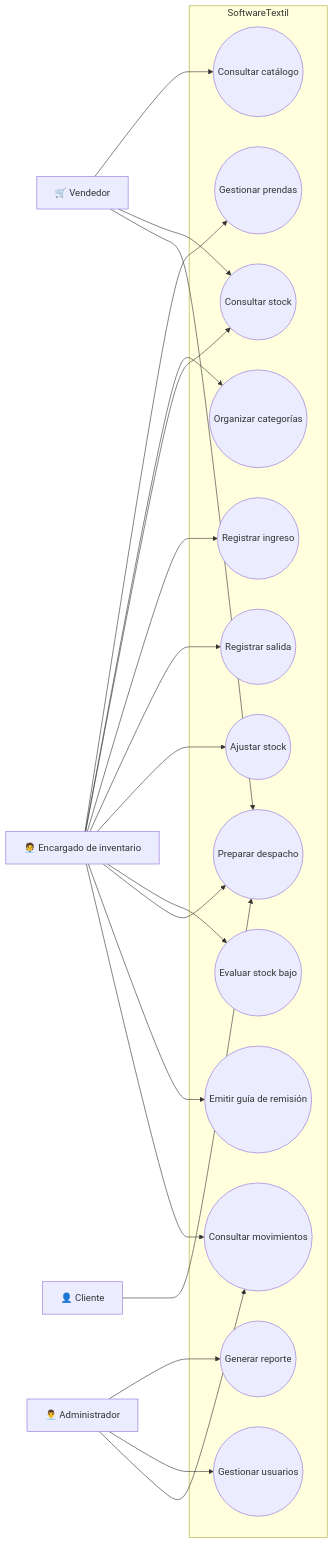
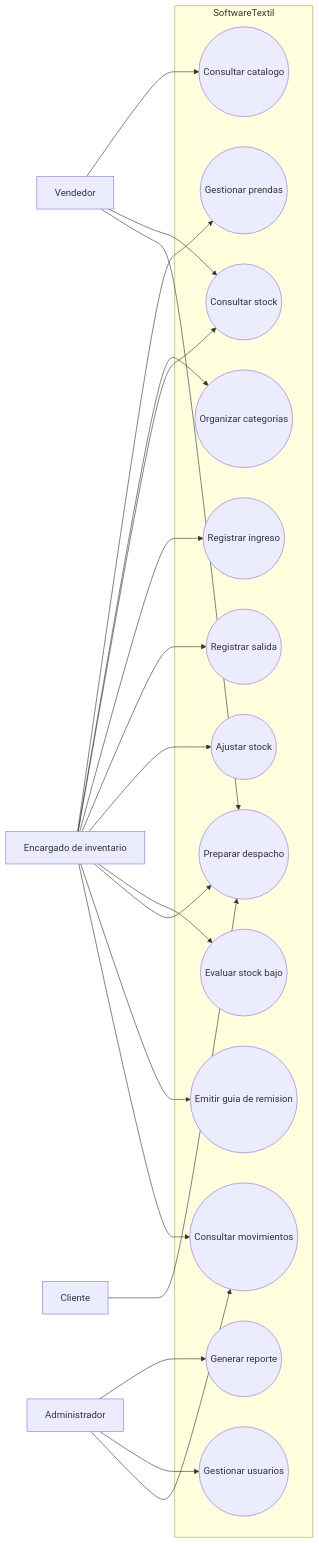
The sixth of 9 diagrams in README.md (javierRock/SoftwareTextil), drawn with Mermaid before and after one commit. The commit also changed other lines of this file, not shown here.

````diff
--- a/README.md
+++ b/README.md
@@ -659,44 +517,44 @@
 ```mermaid
 flowchart LR
-    Encargado["🧑‍💼 Encargado de inventario"]
-    Administrador["👨‍💼 Administrador"]
-    Vendedor["🛒 Vendedor"]
-    Cliente["👤 Cliente"]
+    Encargado["Encargado de inventario"]
+    Administrador["Administrador"]
+    Vendedor["Vendedor"]
+    Cliente["Cliente"]
 
     subgraph Sistema["SoftwareTextil"]
         UC01((Gestionar prendas))
-        UC02((Organizar categorías))
-        UC03((Consultar catálogo))
+        UC02((Organizar categorias))
+        UC03((Consultar catalogo))
         UC04((Consultar stock))
         UC05((Registrar ingreso))
         UC06((Registrar salida))
         UC07((Ajustar stock))
         UC08((Evaluar stock bajo))
         UC09((Preparar despacho))
-        UC10((Emitir guía de remisión))
+        UC10((Emitir guia de remision))
         UC11((Consultar movimientos))
         UC12((Generar reporte))
         UC13((Gestionar usuarios))
     end
 
     Encargado --> UC01
     Encargado --> UC02
     Encargado --> UC04
     Encargado --> UC05
     Encargado --> UC06
     Encargado --> UC07
     Encargado --> UC08
     Encargado --> UC09
     Encargado --> UC10
     Encargado --> UC11
 
     Administrador --> UC12
     Administrador --> UC13
     Administrador --> UC11
 
     Vendedor --> UC03
     Vendedor --> UC04
     Vendedor --> UC09
 
     Cliente --> UC09
 ```
````
